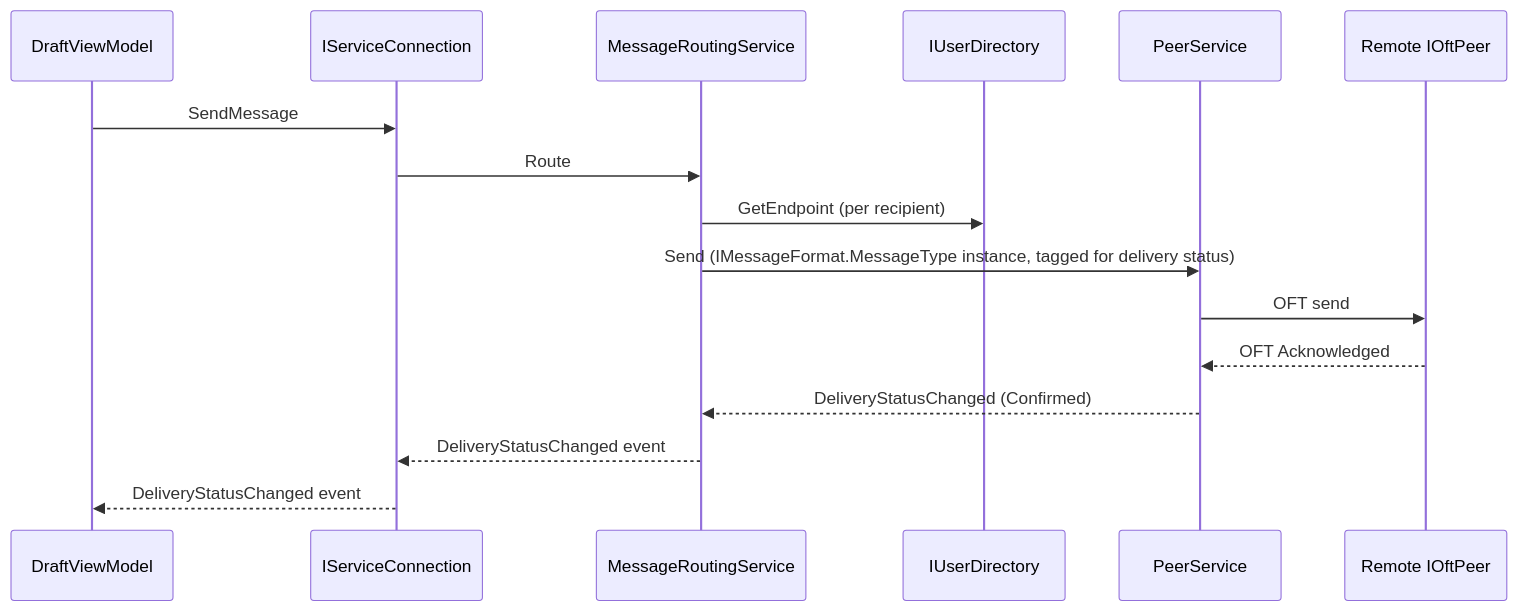
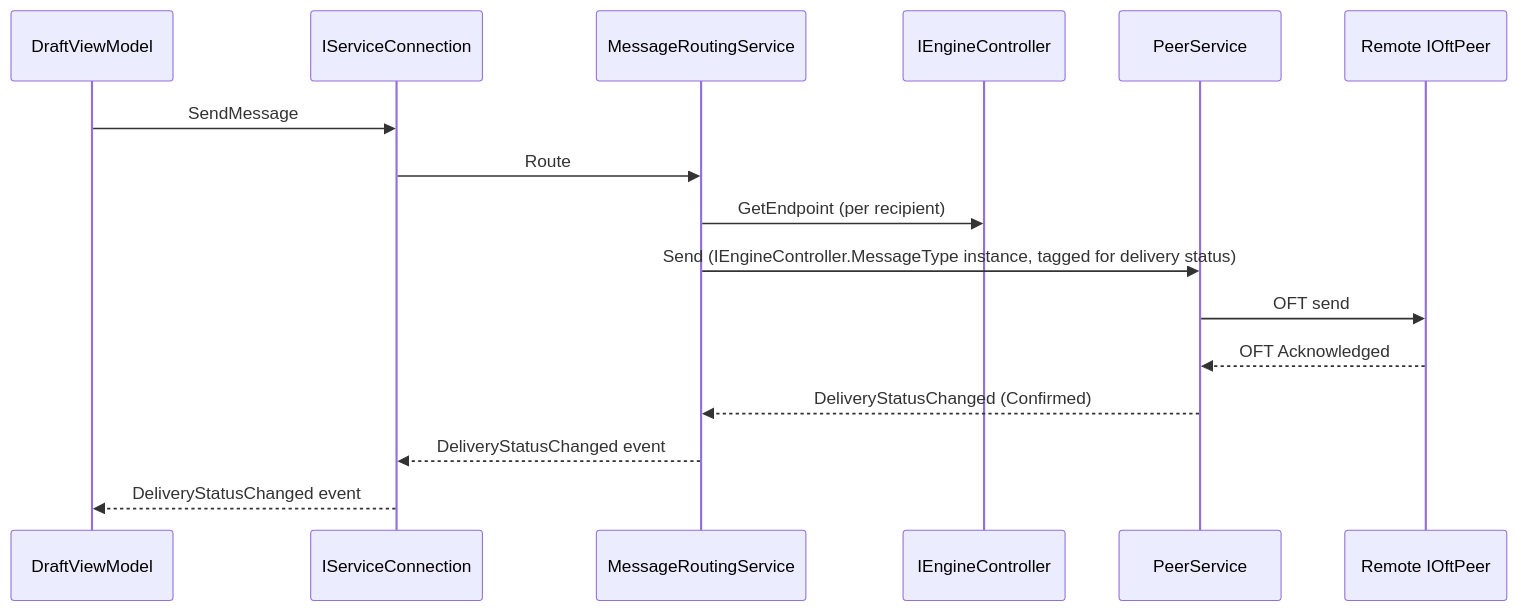
The second of 5 diagrams in Docs/Architecture.md (Blue-Heighliner/Comlink), drawn with Mermaid before and after one commit. The commit also changed other lines of this file and 144 other files, not shown here.

````diff
--- a/Docs/Architecture.md
+++ b/Docs/Architecture.md
@@ -56,18 +58,18 @@
 ```mermaid
 sequenceDiagram
     participant DVM as DraftViewModel
     participant SC as IServiceConnection
     participant MRS as MessageRoutingService
-    participant SL as IUserDirectory
+    participant SL as IEngineController
     participant PS as PeerService
     participant RP as Remote IOftPeer
     DVM->>SC: SendMessage
     SC->>MRS: Route
     MRS->>SL: GetEndpoint (per recipient)
-    MRS->>PS: Send (IMessageFormat.MessageType instance, tagged for delivery status)
+    MRS->>PS: Send (IEngineController.MessageType instance, tagged for delivery status)
     PS->>RP: OFT send
     RP-->>PS: OFT Acknowledged
     PS-->>MRS: DeliveryStatusChanged (Confirmed)
     MRS-->>SC: DeliveryStatusChanged event
     SC-->>DVM: DeliveryStatusChanged event
 ```
````
